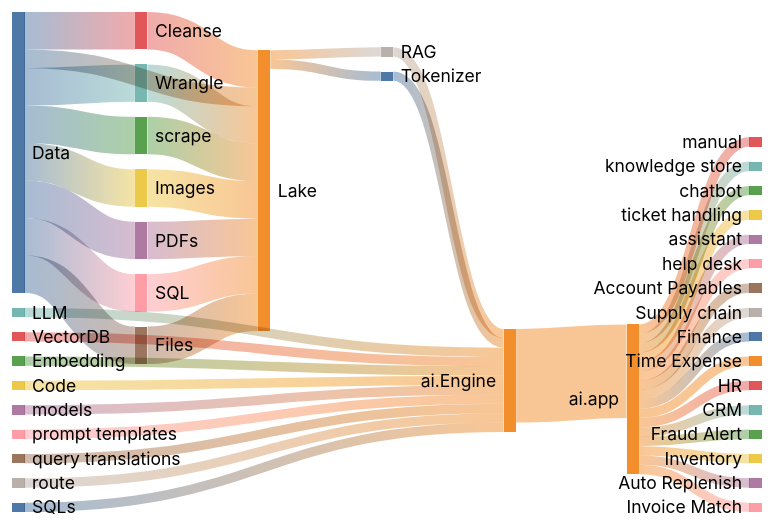
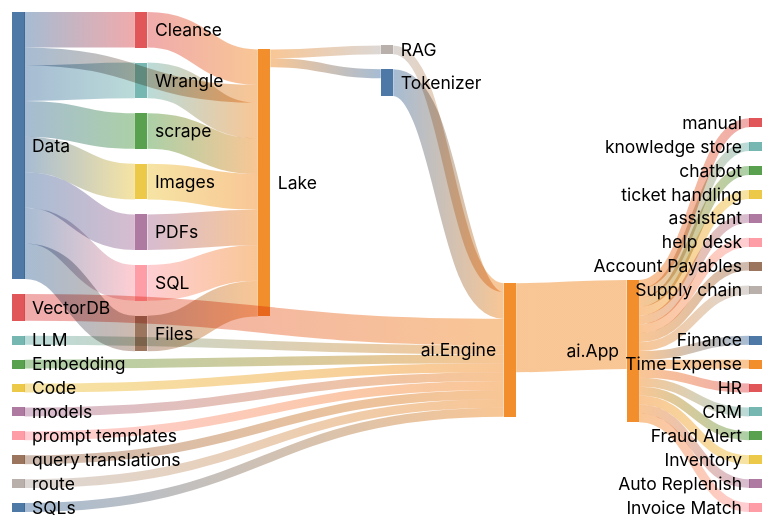
One commit to AmitXShukla/GenAI changed the first of 2 diagrams in README.md. Above: the diagram before and after it, drawn with Mermaid (neutral theme).

````diff
--- a/README.md
+++ b/README.md
@@ -45,57 +45,57 @@
 ```mermaid
 ---
 config:
   sankey:
     showValues: false
 ---
 
 sankey-beta
 
 %% source,target,value
  Data, Lake, 20
  Data, Cleanse, 40
  Data, Wrangle, 40
  Data, scrape, 40
  Data, Images, 40
  Data, PDFs, 40
  Data, SQL, 40
  Data, Files, 40
  Cleanse, Lake, 40
  Wrangle,Lake, 40
  scrape, Lake,40
  Images,Lake, 40
  PDFs, Lake,40
  SQL, Lake,40
  Files, Lake,40
  Lake, RAG, 10
  Lake, Tokenizer, 10
  RAG, ai.Engine, 10
- Tokenizer, ai.Engine, 10
- VectorDB, ai.Engine, 10
+ Tokenizer, ai.Engine, 30
+ VectorDB, ai.Engine, 30
  LLM, ai.Engine, 10
  Embedding, ai.Engine, 10
  Code, ai.Engine, 10
  models, ai.Engine, 10
  prompt templates, ai.Engine, 10
  query translations, ai.Engine, 10
  route, ai.Engine, 10
  SQLs, ai.Engine, 10
- ai.Engine, ai.app, 100
- ai.app, manual, 10
- ai.app, knowledge store, 10
- ai.app, chatbot, 10
- ai.app, ticket handling, 10
- ai.app, assistant, 10
- ai.app, help desk, 10
- ai.app, Account Payables, 10
- ai.app, Supply chain, 10
- ai.app, Finance, 10
- ai.app, Time Expense, 10
- ai.app, HR, 10
- ai.app, CRM, 10
- ai.app, Fraud Alert, 10
- ai.app, Inventory, 10
- ai.app, Auto Replenish, 10
- ai.app, Invoice Match, 10
+ ai.Engine, ai.App, 100
+ ai.App, manual, 10
+ ai.App, knowledge store, 10
+ ai.App, chatbot, 10
+ ai.App, ticket handling, 10
+ ai.App, assistant, 10
+ ai.App, help desk, 10
+ ai.App, Account Payables, 10
+ ai.App, Supply chain, 10
+ ai.App, Finance, 10
+ ai.App, Time Expense, 10
+ ai.App, HR, 10
+ ai.App, CRM, 10
+ ai.App, Fraud Alert, 10
+ ai.App, Inventory, 10
+ ai.App, Auto Replenish, 10
+ ai.App, Invoice Match, 10
 
 ```
````
